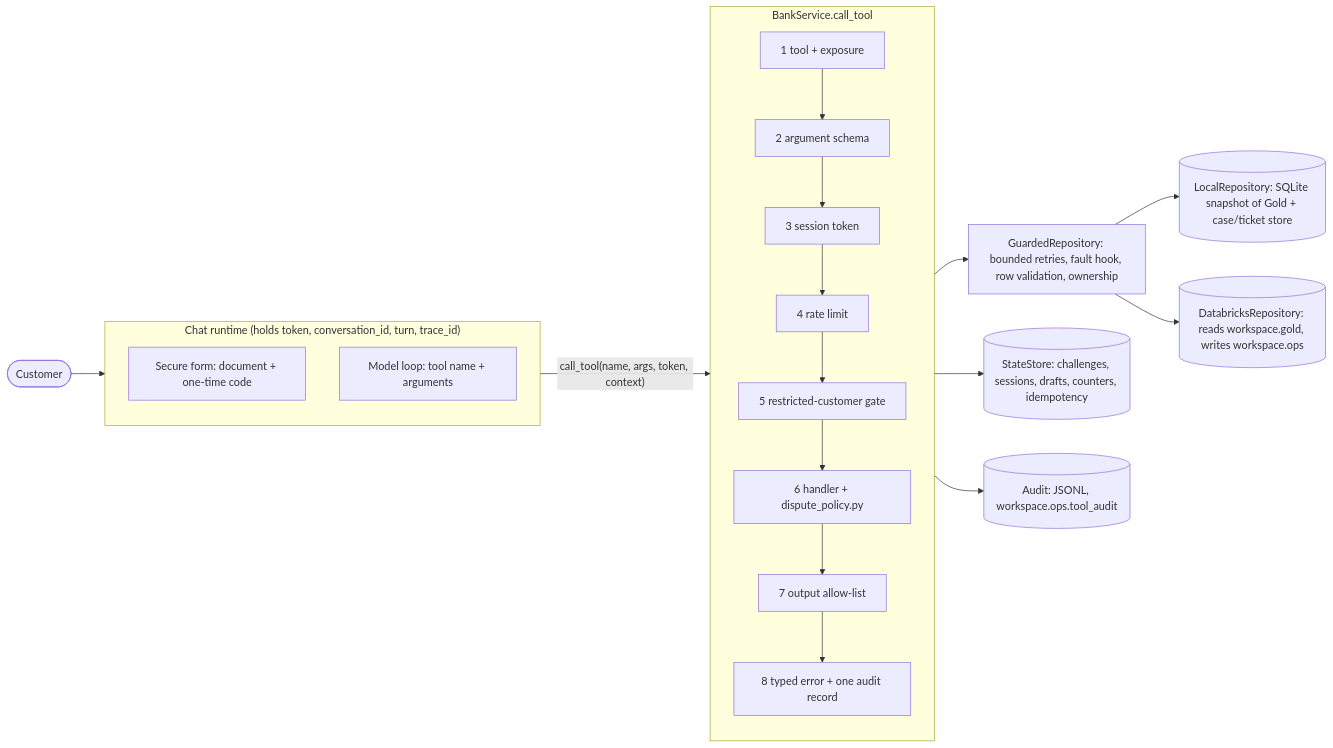
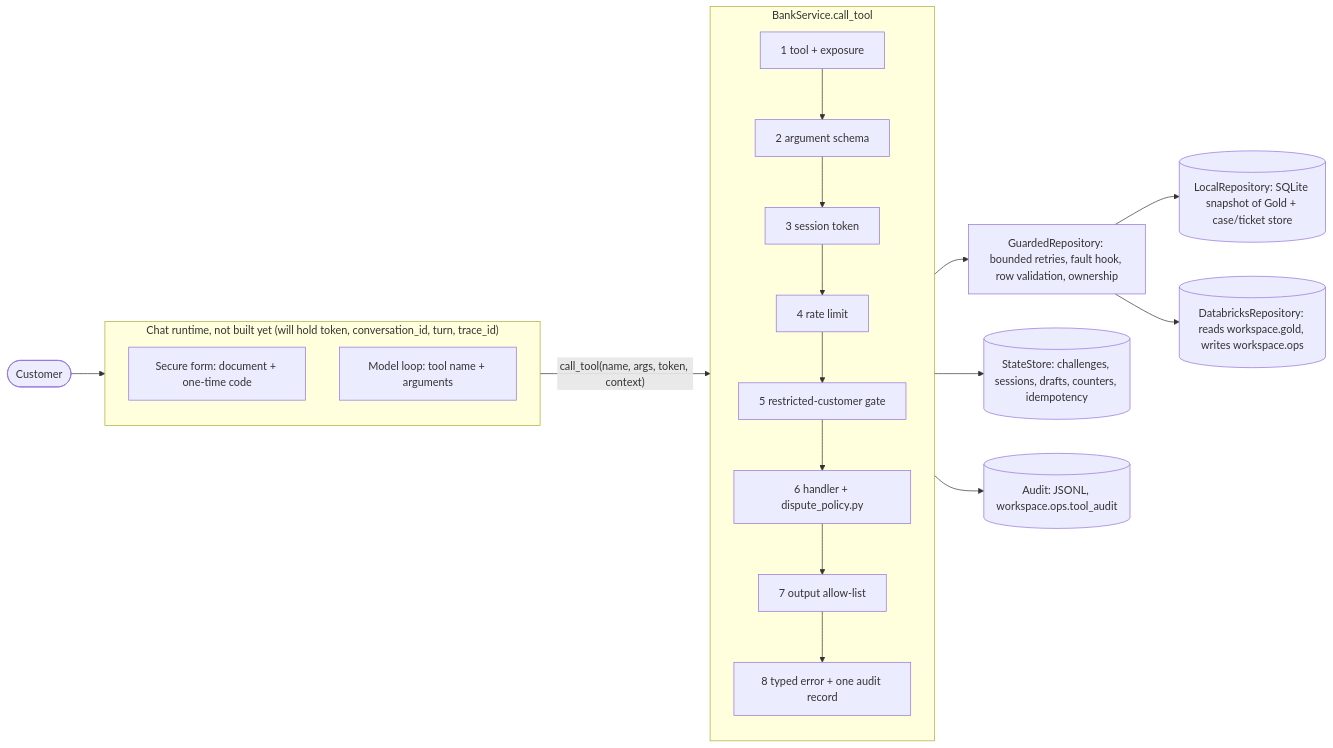
One commit to nickolasnolte1/factored-hackathon-2026-nico-x2.exe changed the diagram in docs/05_gold_and_bank_tools.md. Above: the diagram before and after it, drawn with Mermaid. The commit also changed 4 other files, not shown here.

````diff
--- a/docs/05_gold_and_bank_tools.md
+++ b/docs/05_gold_and_bank_tools.md
@@ -208,21 +208,21 @@
 ```mermaid
 flowchart LR
     customer(["Customer"]) --> runtime
-    subgraph runtime ["Chat runtime (holds token, conversation_id, turn, trace_id)"]
+    subgraph runtime ["Chat runtime, not built yet (will hold token, conversation_id, turn, trace_id)"]
         direction TB
         form["Secure form: document + one-time code"]
         model["Model loop: tool name + arguments"]
     end
     runtime -- "call_tool(name, args, token, context)" --> pipeline
     subgraph pipeline ["BankService.call_tool"]
         direction TB
         p1["1 tool + exposure"] --> p2["2 argument schema"] --> p3["3 session token"] --> p4["4 rate limit"]
         p4 --> p5["5 restricted-customer gate"] --> p6["6 handler + dispute_policy.py"] --> p7["7 output allow-list"]
         p7 --> p8["8 typed error + one audit record"]
     end
     p6 --> guarded["GuardedRepository: bounded retries, fault hook, row validation, ownership"]
     p6 --> state[("StateStore: challenges, sessions, drafts, counters, idempotency")]
     guarded --> local[("LocalRepository: SQLite snapshot of Gold + case/ticket store")]
     guarded --> dbx[("DatabricksRepository: reads workspace.gold, writes workspace.ops")]
     p8 --> audit[("Audit: JSONL, workspace.ops.tool_audit")]
 ```
````
